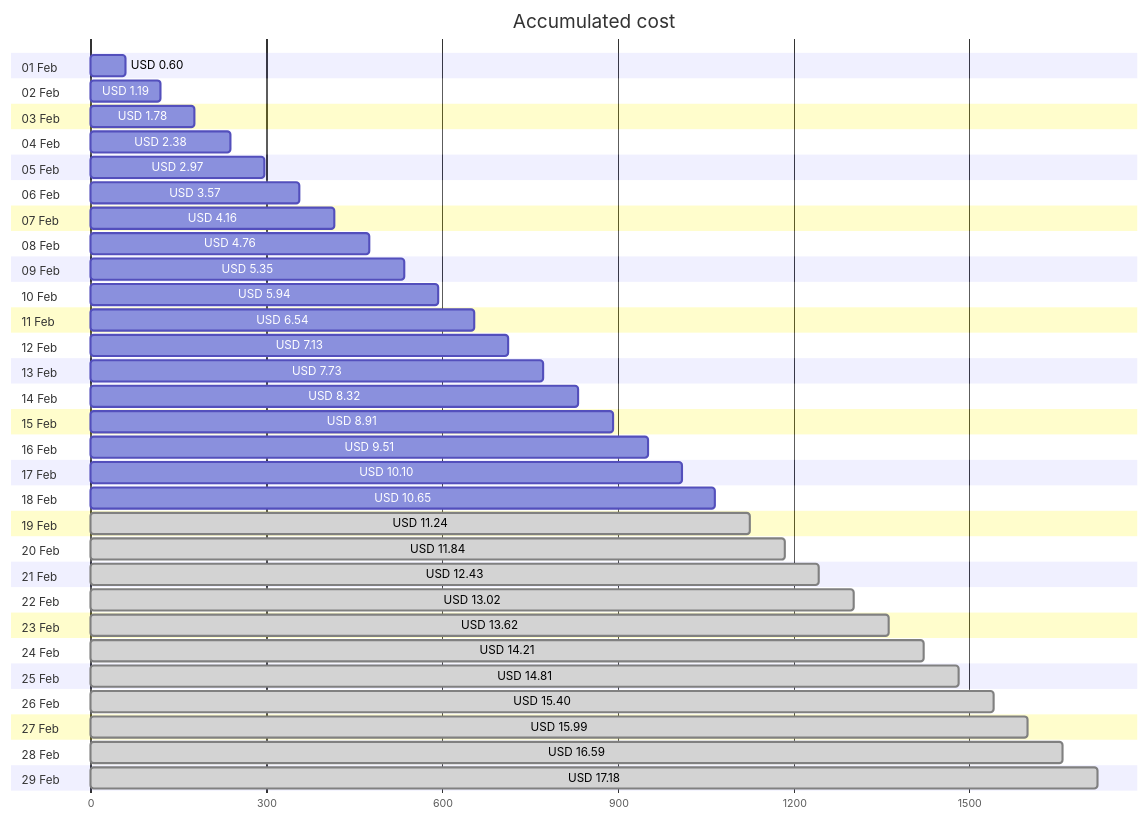
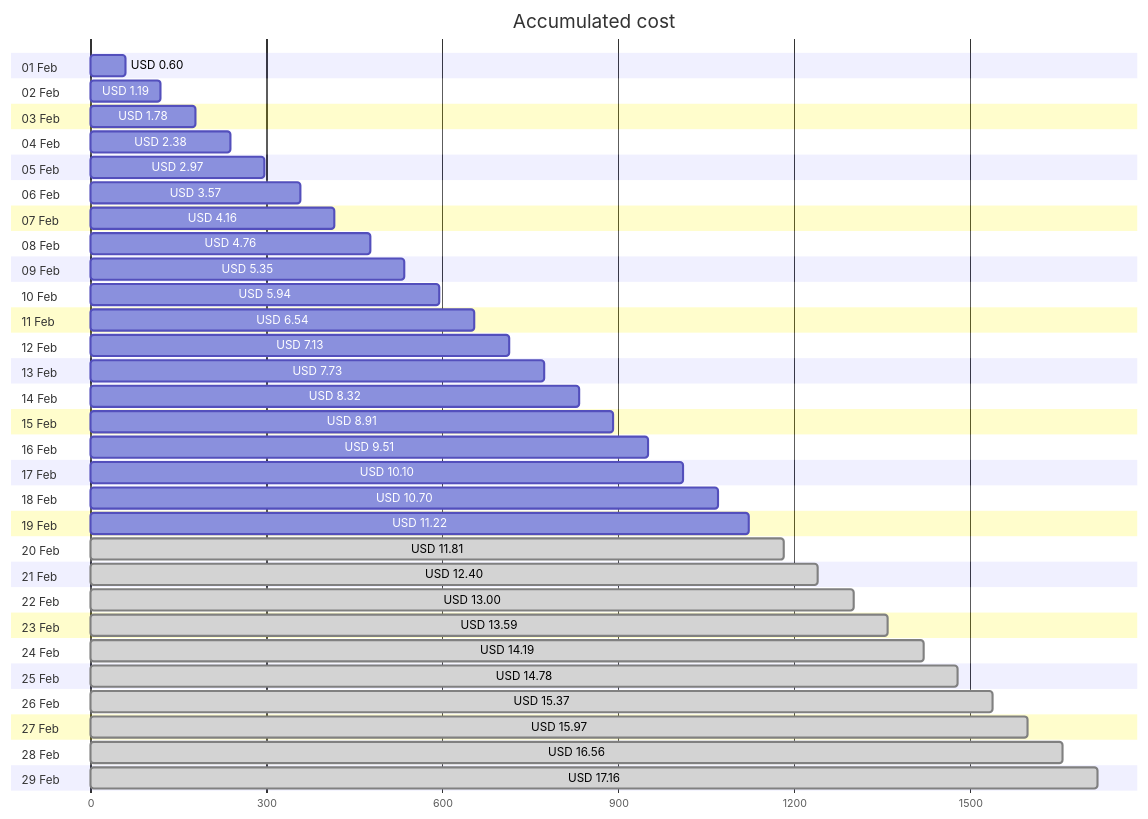
The first of 4 diagrams in cost-reports/personal-site/README.md (jpfulton/azure-personal-reports), drawn with Mermaid before and after one commit. The commit also changed other lines of this file and 6 other files, not shown here.

````diff
--- a/cost-reports/personal-site/README.md
+++ b/cost-reports/personal-site/README.md
@@ -20,64 +20,64 @@
 ```mermaid
 gantt
    title Accumulated cost
    dateFormat  X
    axisFormat %s
    section 01 Feb
    USD 0.60 :0, 60
    section 02 Feb
    USD 1.19 :0, 119
    section 03 Feb
    USD 1.78 :0, 178
    section 04 Feb
    USD 2.38 :0, 238
    section 05 Feb
    USD 2.97 :0, 297
    section 06 Feb
    USD 3.57 :0, 357
    section 07 Feb
    USD 4.16 :0, 416
    section 08 Feb
    USD 4.76 :0, 476
    section 09 Feb
    USD 5.35 :0, 535
    section 10 Feb
    USD 5.94 :0, 594
    section 11 Feb
    USD 6.54 :0, 654
    section 12 Feb
    USD 7.13 :0, 713
    section 13 Feb
    USD 7.73 :0, 773
    section 14 Feb
    USD 8.32 :0, 832
    section 15 Feb
    USD 8.91 :0, 891
    section 16 Feb
    USD 9.51 :0, 951
    section 17 Feb
    USD 10.10 :0, 1010
    section 18 Feb
-   USD 10.65 :0, 1065
+   USD 10.70 :0, 1070
    section 19 Feb
-   USD 11.24 : done, 0, 1124
+   USD 11.22 :0, 1122
    section 20 Feb
-   USD 11.84 : done, 0, 1184
+   USD 11.81 : done, 0, 1181
    section 21 Feb
-   USD 12.43 : done, 0, 1243
+   USD 12.40 : done, 0, 1240
    section 22 Feb
-   USD 13.02 : done, 0, 1302
+   USD 13.00 : done, 0, 1300
    section 23 Feb
-   USD 13.62 : done, 0, 1362
+   USD 13.59 : done, 0, 1359
    section 24 Feb
-   USD 14.21 : done, 0, 1421
+   USD 14.19 : done, 0, 1419
    section 25 Feb
-   USD 14.81 : done, 0, 1481
+   USD 14.78 : done, 0, 1478
    section 26 Feb
-   USD 15.40 : done, 0, 1540
+   USD 15.37 : done, 0, 1537
    section 27 Feb
-   USD 15.99 : done, 0, 1599
+   USD 15.97 : done, 0, 1597
    section 28 Feb
-   USD 16.59 : done, 0, 1659
+   USD 16.56 : done, 0, 1656
    section 29 Feb
-   USD 17.18 : done, 0, 1718
+   USD 17.16 : done, 0, 1716
 ```
````
